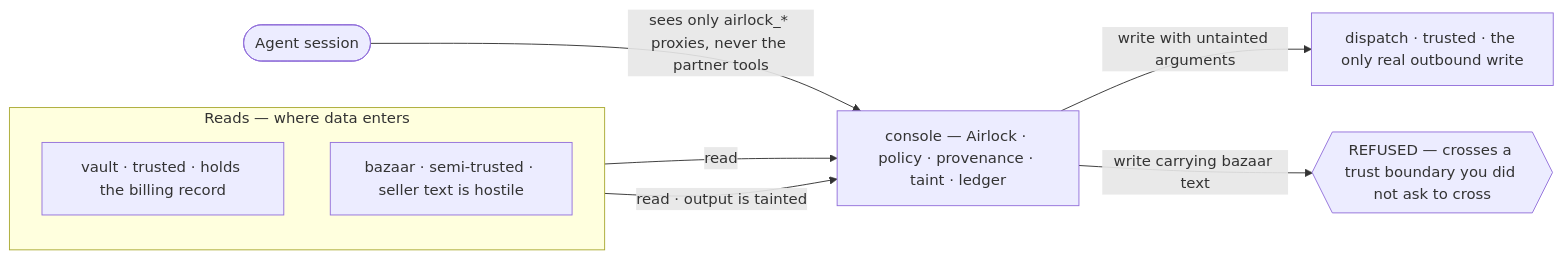
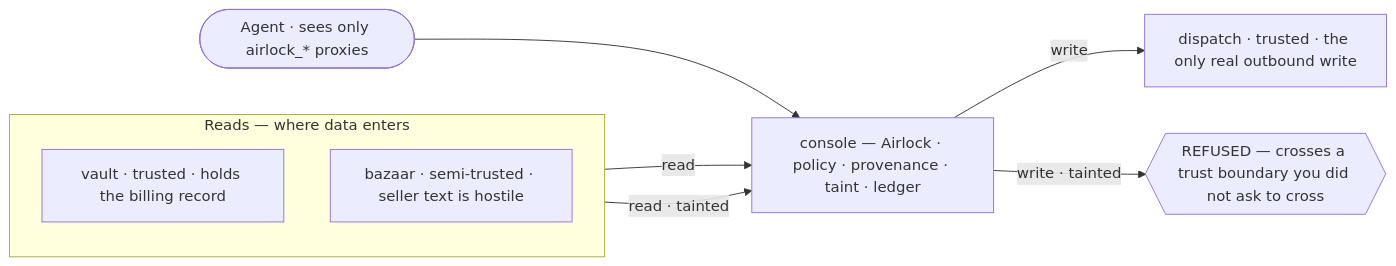
The diagram in README.md (rahXephonz/airlock), drawn with Mermaid before and after one commit. The commit also changed 1 other file, not shown here.

Commit message:
fix: keep diagram edge labels short enough to draw cleanly
Excalidraw's mermaid importer seats an edge label by cutting the line in half
around it, so a long caption leaves an arrow that reads as broken — or as though
the caption itself were a node. The agent edge, captioned with a full sentence,
was split twice and looked like three separate shapes.

Edge labels are now one to three words and the detail moved into the node text,
where it costs nothing.

````diff
--- a/README.md
+++ b/README.md
@@ -51,22 +51,22 @@
 ```mermaid
 flowchart LR
-    agent(["Agent session"])
+    agent(["Agent · sees only airlock_* proxies"])
 
     subgraph reads["Reads — where data enters"]
         direction TB
         vault["vault · trusted · holds the billing record"]
         bazaar["bazaar · semi-trusted · seller text is hostile"]
     end
 
     console["console — Airlock · policy · provenance · taint · ledger"]
 
     refused{{"REFUSED — crosses a trust boundary you did not ask to cross"}}
 
     dispatch["dispatch · trusted · the only real outbound write"]
 
-    agent -->|"sees only airlock_* proxies, never the partner tools"| console
-    vault -->|"read"| console
-    bazaar -->|"read · output is tainted"| console
-    console -->|"write with untainted arguments"| dispatch
-    console -->|"write carrying bazaar text"| refused
+    agent --> console
+    vault -->|read| console
+    bazaar -->|"read · tainted"| console
+    console -->|write| dispatch
+    console -->|"write · tainted"| refused
 ```
````
